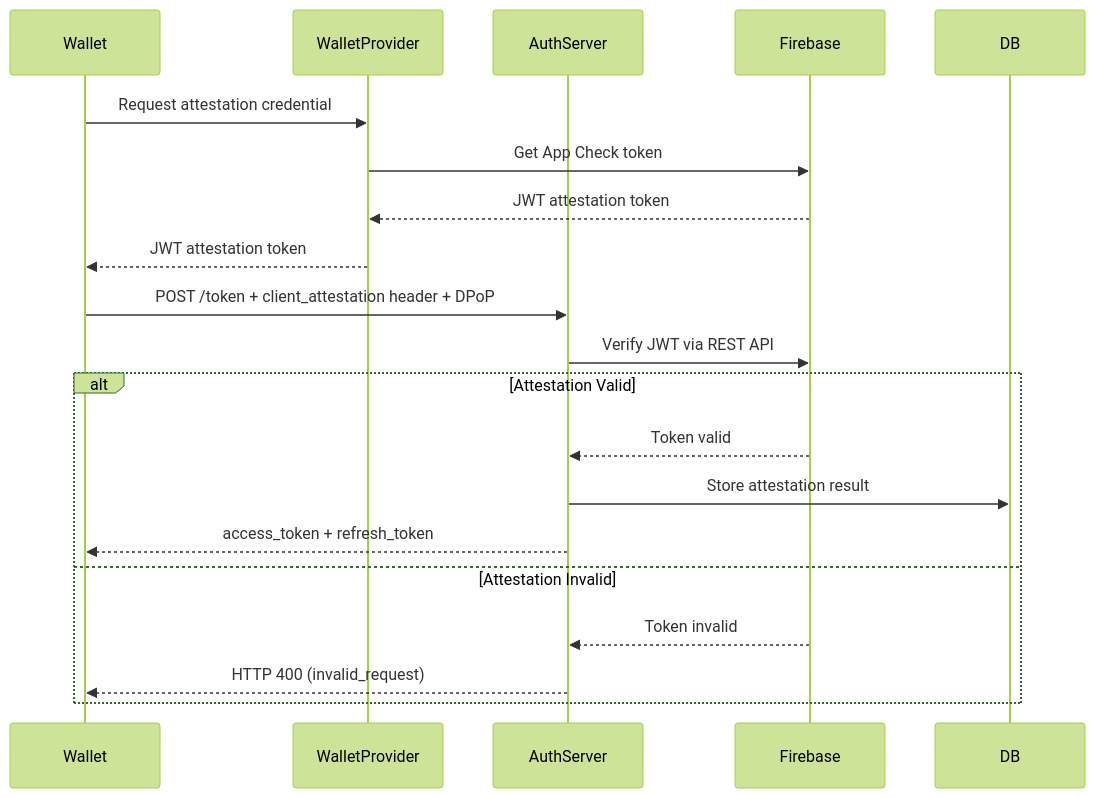
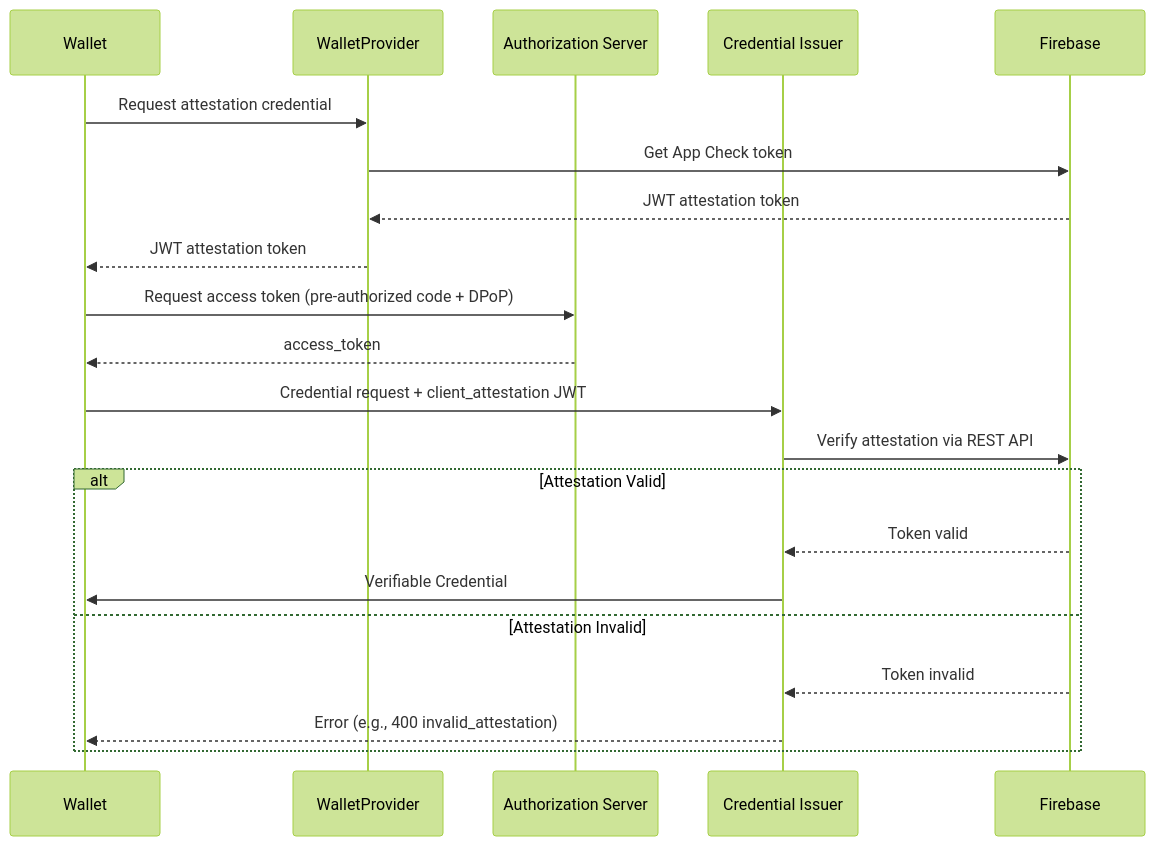
The fourth of 8 diagrams in README.md (weiiv/di-auth-server), drawn with Mermaid (forest theme) before and after one commit. The commit also changed other lines of this file, not shown here.

Commit message:
update attestation flow

````diff
--- a/README.md
+++ b/README.md
@@ -272,21 +273,25 @@
 ```mermaid
+
 sequenceDiagram
     participant Wallet
     participant WalletProvider
-    participant AuthServer
+    participant AuthServer as Authorization Server
+    participant Issuer as Credential Issuer
     participant Firebase
+
     Wallet->>WalletProvider: Request attestation credential
     WalletProvider->>Firebase: Get App Check token
     Firebase-->>WalletProvider: JWT attestation token
     WalletProvider-->>Wallet: JWT attestation token
-    Wallet->>AuthServer: POST /token + client_attestation header + DPoP
-    AuthServer->>Firebase: Verify JWT via REST API
+    Wallet->>AuthServer: Request access token (pre-authorized code + DPoP)
+    AuthServer-->>Wallet: access_token
+    Wallet->>Issuer: Credential request + client_attestation JWT
+    Issuer->>Firebase: Verify attestation via REST API
     alt Attestation Valid
-    Firebase-->>AuthServer: Token valid
-    AuthServer->>DB: Store attestation result
-    AuthServer-->>Wallet: access_token + refresh_token
+        Firebase-->>Issuer: Token valid
+        Issuer->>Wallet: Verifiable Credential
     else Attestation Invalid
-    Firebase-->>AuthServer: Token invalid
-    AuthServer-->>Wallet: HTTP 400 (invalid_request)
+        Firebase-->>Issuer: Token invalid
+        Issuer-->>Wallet: Error (e.g., 400 invalid_attestation)
     end
 ```
````
